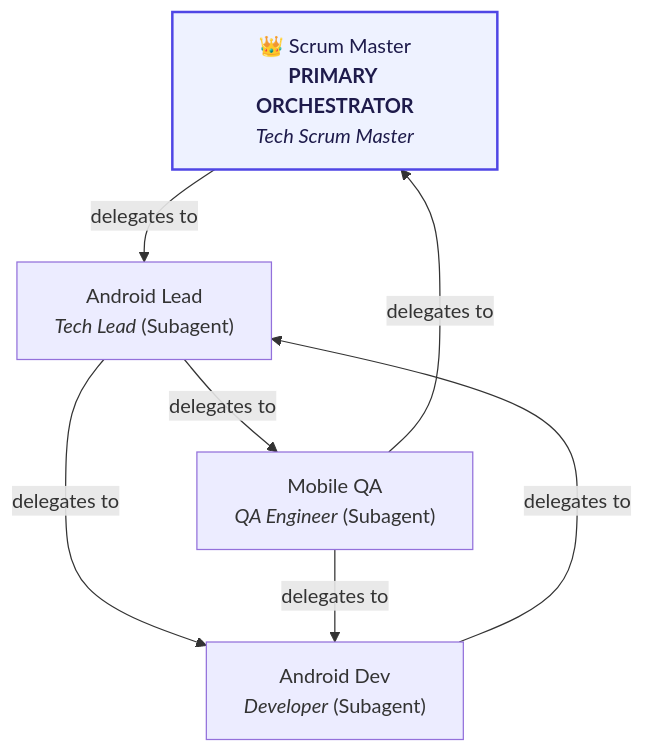
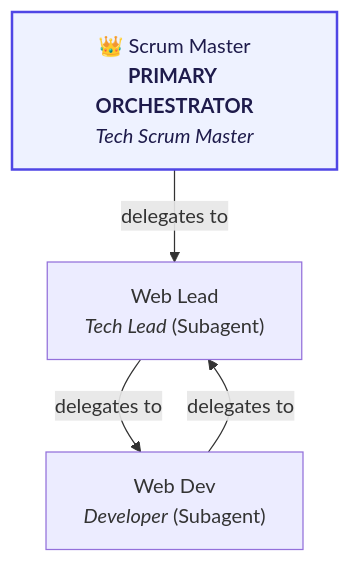
Before and after one commit to shahwaiz90/virtual-office: the diagram in AGENTS.md, drawn with Mermaid. The commit also changed other lines of this file and 95 other files, not shown here.

````diff
--- a/AGENTS.md
+++ b/AGENTS.md
@@ -18,16 +18,12 @@
 ```mermaid
 flowchart TD
   tech-pm["👑 Scrum Master<br/><b>PRIMARY ORCHESTRATOR</b><br/><i>Tech Scrum Master</i>"]:::primaryStyle
-  android-tech-lead["Android Lead<br/><i>Tech Lead</i> (Subagent)"]
-  android-dev["Android Dev<br/><i>Developer</i> (Subagent)"]
-  android-tester["Mobile QA<br/><i>QA Engineer</i> (Subagent)"]
+  web-tech-lead["Web Lead<br/><i>Tech Lead</i> (Subagent)"]
+  web-dev["Web Dev<br/><i>Developer</i> (Subagent)"]
 
-  tech-pm -->|delegates to| android-tech-lead
-  android-tech-lead -->|delegates to| android-dev
-  android-tech-lead -->|delegates to| android-tester
-  android-dev -->|delegates to| android-tech-lead
-  android-tester -->|delegates to| android-dev
-  android-tester -->|delegates to| tech-pm
+  tech-pm -->|delegates to| web-tech-lead
+  web-tech-lead -->|delegates to| web-dev
+  web-dev -->|delegates to| web-tech-lead
 
   classDef primaryStyle fill:#eef2ff,stroke:#4f46e5,stroke-width:2px,color:#1e1b4b;
 ```
````
